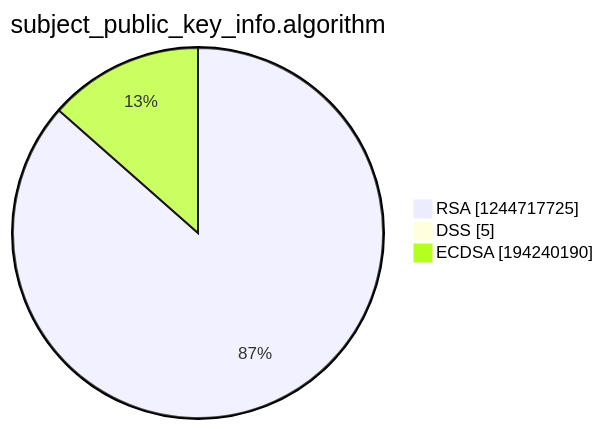
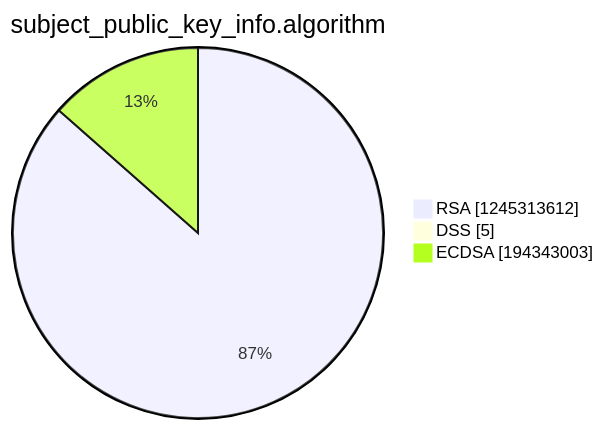
Before and after one commit to christiankrug/ctmonitor_visualization: the third of 15 diagrams in argon2022/README.md, drawn with Mermaid. The commit also changed other lines of this file, not shown here.

````diff
--- a/argon2022/README.md
+++ b/argon2022/README.md
@@ -14,7 +14,7 @@
 ```mermaid
 pie showData
 title subject_public_key_info.algorithm
-"RSA" :1244717725
+"RSA" :1245313612
 "DSS" :5
-"ECDSA" :194240190
+"ECDSA" :194343003
 ```
````
